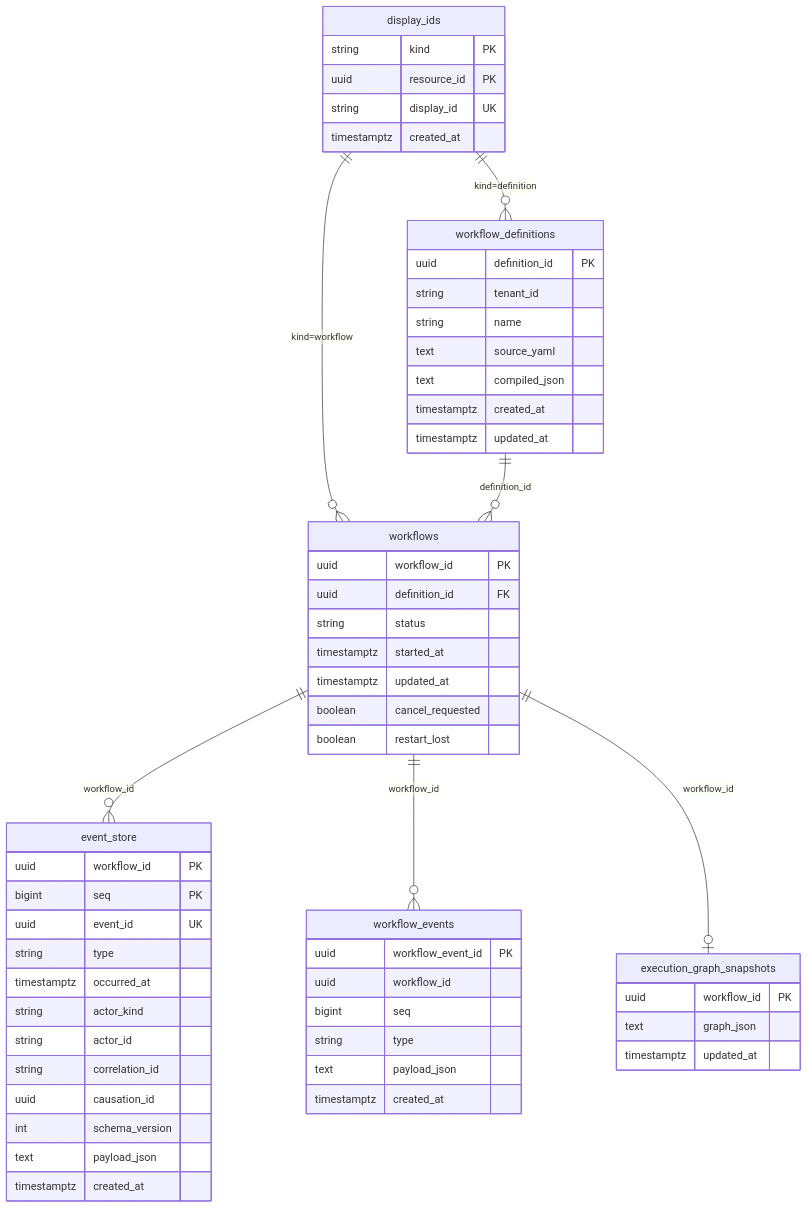
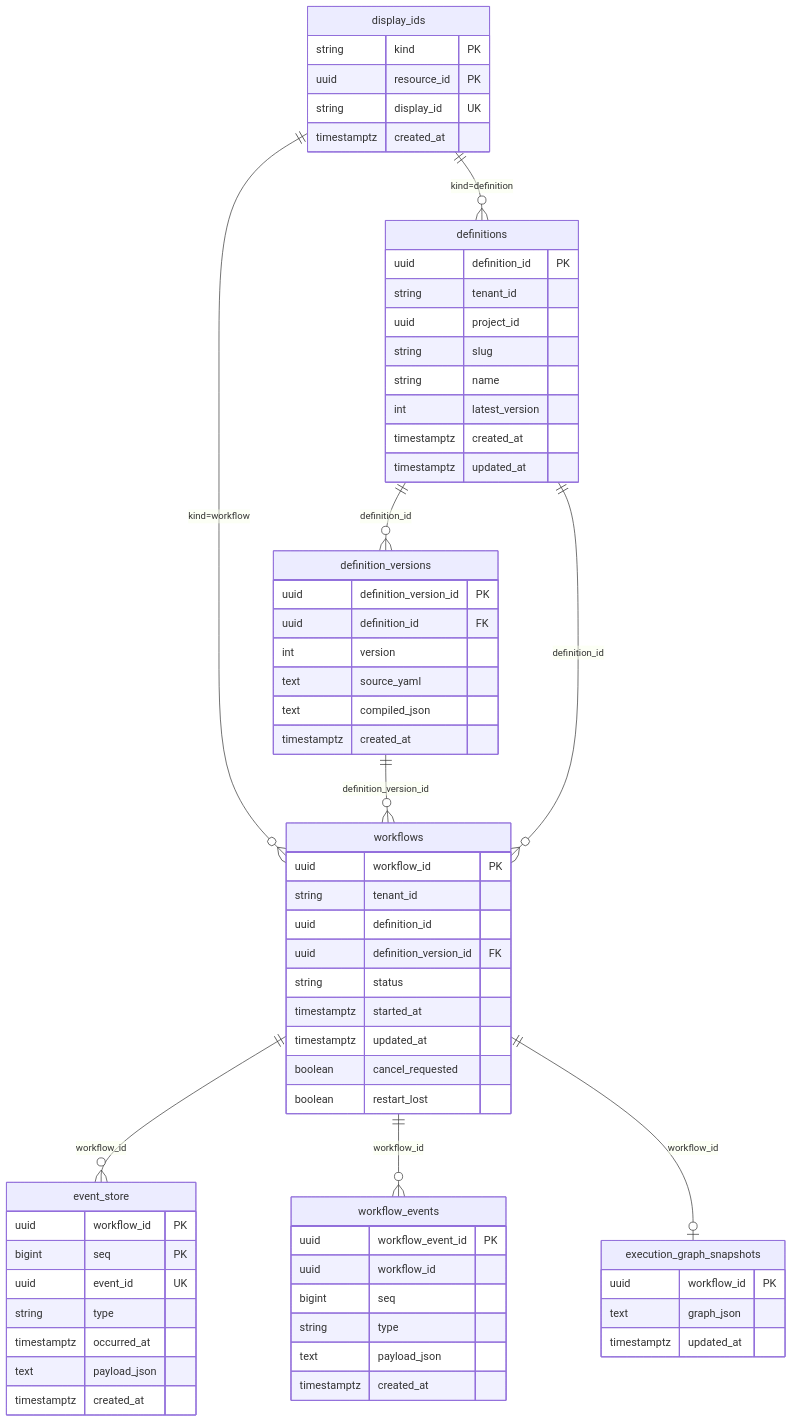
One commit to MichiharuShiba/statevia changed the diagram in docs/statevia-scheme.md. Above: the diagram before and after it, drawn with Mermaid. The commit also changed other lines of this file, not shown here.

````diff
--- a/docs/statevia-scheme.md
+++ b/docs/statevia-scheme.md
@@ -105,66 +185,75 @@
 ```mermaid
 erDiagram
-  display_ids ||--o{ workflow_definitions : "kind=definition"
+  display_ids ||--o{ definitions : "kind=definition"
   display_ids ||--o{ workflows : "kind=workflow"
-  workflow_definitions ||--o{ workflows : "definition_id"
+  definitions ||--o{ definition_versions : "definition_id"
+  definition_versions ||--o{ workflows : "definition_version_id"
+  definitions ||--o{ workflows : "definition_id"
   workflows ||--o{ event_store : "workflow_id"
   workflows ||--o{ workflow_events : "workflow_id"
   workflows ||--o| execution_graph_snapshots : "workflow_id"
+
+  definitions {
+    uuid definition_id PK
+    string tenant_id
+    uuid project_id
+    string slug
+    string name
+    int latest_version
+    timestamptz created_at
+    timestamptz updated_at
+  }
+
+  definition_versions {
+    uuid definition_version_id PK
+    uuid definition_id FK
+    int version
+    text source_yaml
+    text compiled_json
+    timestamptz created_at
+  }
 
   display_ids {
     string kind PK
     uuid resource_id PK
     string display_id UK
     timestamptz created_at
   }
 
-  workflow_definitions {
-    uuid definition_id PK
-    string tenant_id
-    string name
-    text source_yaml
-    text compiled_json
-    timestamptz created_at
-    timestamptz updated_at
-  }
-
   workflows {
     uuid workflow_id PK
-    uuid definition_id FK
+    string tenant_id
+    uuid definition_id
+    uuid definition_version_id FK
     string status
     timestamptz started_at
     timestamptz updated_at
     boolean cancel_requested
     boolean restart_lost
   }
 
   event_store {
     uuid workflow_id PK
     bigint seq PK
     uuid event_id UK
     string type
     timestamptz occurred_at
-    string actor_kind
-    string actor_id
-    string correlation_id
-    uuid causation_id
-    int schema_version
     text payload_json
     timestamptz created_at
   }
 
   workflow_events {
     uuid workflow_event_id PK
     uuid workflow_id
     bigint seq
     string type
     text payload_json
     timestamptz created_at
   }
 
   execution_graph_snapshots {
     uuid workflow_id PK
     text graph_json
     timestamptz updated_at
   }
 ```
````
